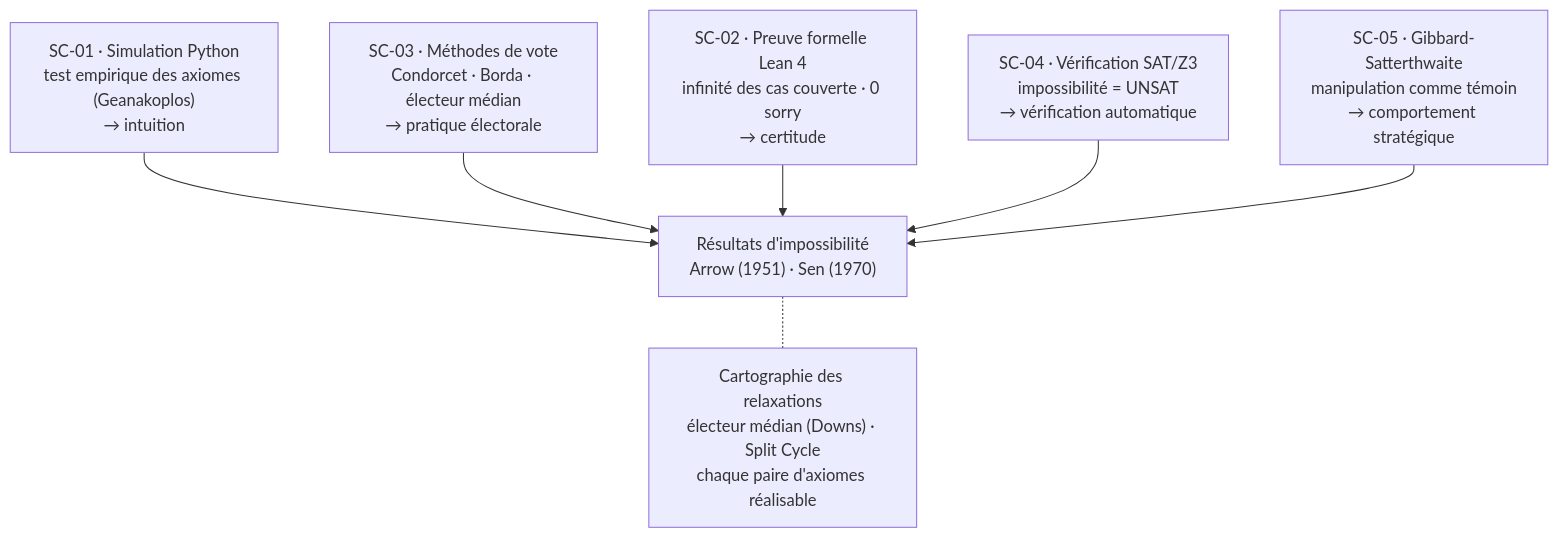
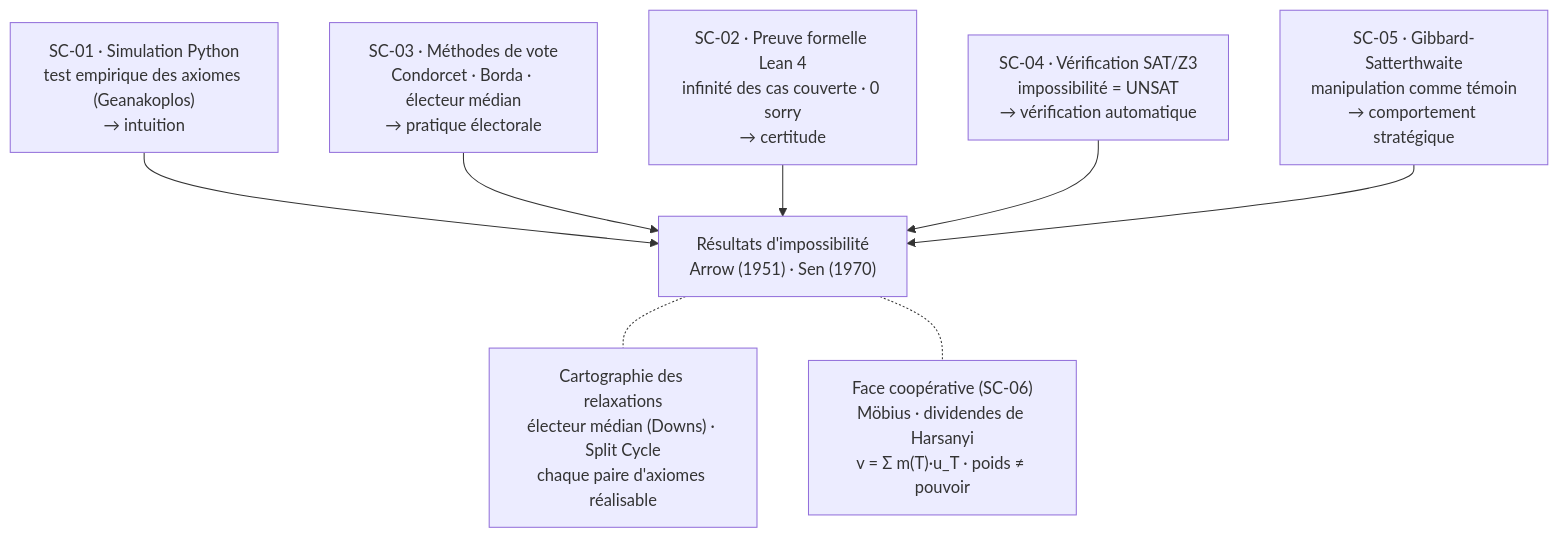
One commit to jsboige/CoursIA changed the diagram in MyIA.AI.Notebooks/GameTheory/SocialChoice/README.md. Above: the diagram before and after it, drawn with Mermaid. The commit also changed other lines of this file and 2 other files, not shown here.

First line of the commit message:
feat(gametheory,#12204): SC-06 Mobius aggregation, pouvoir et manipulation (op 14, 2e attestation)

````diff
--- a/MyIA.AI.Notebooks/GameTheory/SocialChoice/README.md
+++ b/MyIA.AI.Notebooks/GameTheory/SocialChoice/README.md
@@ -48,17 +49,18 @@
 ```mermaid
 flowchart TD
     Result["Résultats d'impossibilité<br/>Arrow (1951) · Sen (1970)"]
 
     E1["SC-01 · Simulation Python<br/>test empirique des axiomes (Geanakoplos)<br/>→ intuition"]
     E2["SC-03 · Méthodes de vote<br/>Condorcet · Borda · électeur médian<br/>→ pratique électorale"]
     E3["SC-02 · Preuve formelle Lean 4<br/>infinité des cas couverte · 0 sorry<br/>→ certitude"]
     E4["SC-04 · Vérification SAT/Z3<br/>impossibilité = UNSAT<br/>→ vérification automatique"]
     E5["SC-05 · Gibbard-Satterthwaite<br/>manipulation comme témoin<br/>→ comportement stratégique"]
 
     E1 --> Result
     E2 --> Result
     E3 --> Result
     E4 --> Result
     E5 --> Result
     Result -.- Relax["Cartographie des relaxations<br/>électeur médian (Downs) · Split Cycle<br/>chaque paire d'axiomes réalisable"]
+    Result -.- Coop["Face coopérative (SC-06)<br/>Möbius · dividendes de Harsanyi<br/>v = Σ m(T)·u_T · poids ≠ pouvoir"]
 ```
````
